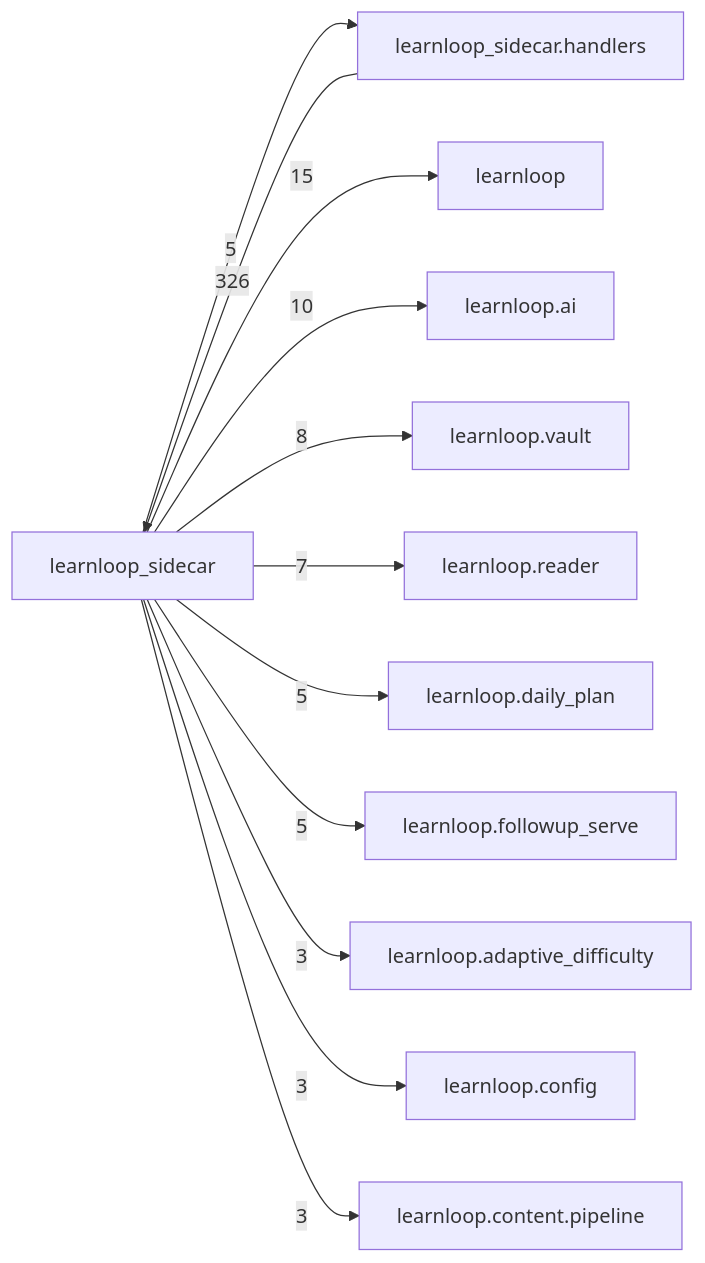
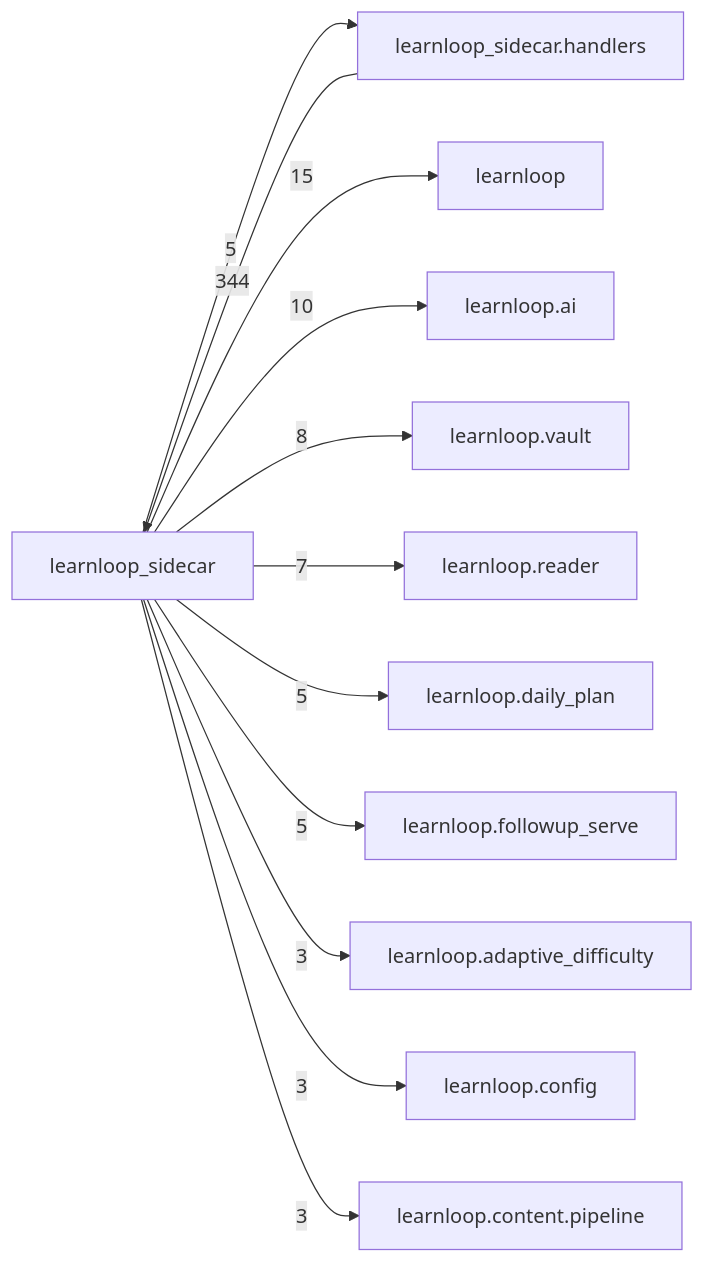
The diagram in docs/learnloop-architecture-vault/Reference/Modules/learnloop_sidecar/_package.md (6up-b/learnanything), drawn with Mermaid before and after one commit. The commit also changed other lines of this file and 122 other files, not shown here.

````diff
--- a/docs/learnloop-architecture-vault/Reference/Modules/learnloop_sidecar/_package.md
+++ b/docs/learnloop-architecture-vault/Reference/Modules/learnloop_sidecar/_package.md
@@ -130,25 +130,25 @@
 ```mermaid
 flowchart LR
     center["learnloop_sidecar"]
     n_learnloop_sidecar_handlers["learnloop_sidecar.handlers"]
     n_learnloop["learnloop"]
     n_learnloop_ai["learnloop.ai"]
     n_learnloop_vault["learnloop.vault"]
     n_learnloop_reader["learnloop.reader"]
     n_learnloop_daily_plan["learnloop.daily_plan"]
     n_learnloop_followup_serve["learnloop.followup_serve"]
     n_learnloop_adaptive_difficulty["learnloop.adaptive_difficulty"]
     n_learnloop_config["learnloop.config"]
     n_learnloop_content_pipeline["learnloop.content.pipeline"]
-    n_learnloop_sidecar_handlers -->|326| center
+    n_learnloop_sidecar_handlers -->|344| center
     center -->|5| n_learnloop_sidecar_handlers
     center -->|15| n_learnloop
     center -->|10| n_learnloop_ai
     center -->|8| n_learnloop_vault
     center -->|7| n_learnloop_reader
     center -->|5| n_learnloop_daily_plan
     center -->|5| n_learnloop_followup_serve
     center -->|3| n_learnloop_adaptive_difficulty
     center -->|3| n_learnloop_config
     center -->|3| n_learnloop_content_pipeline
 ```
````
